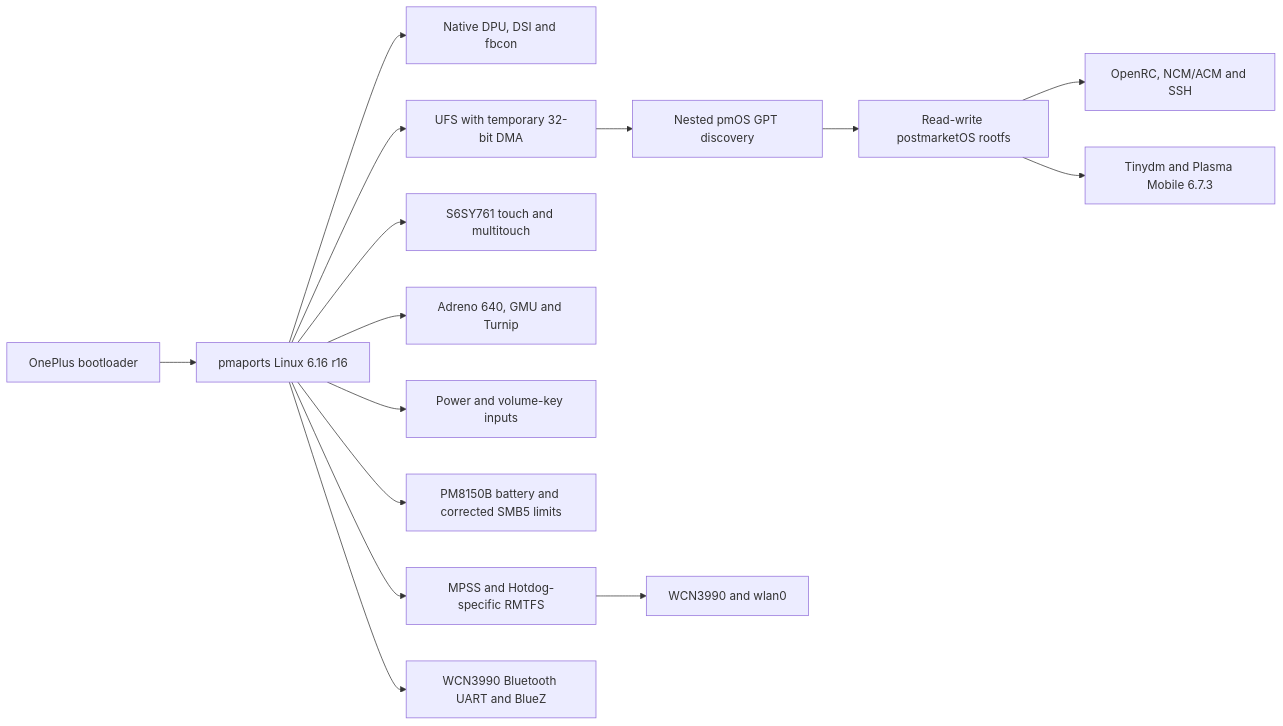
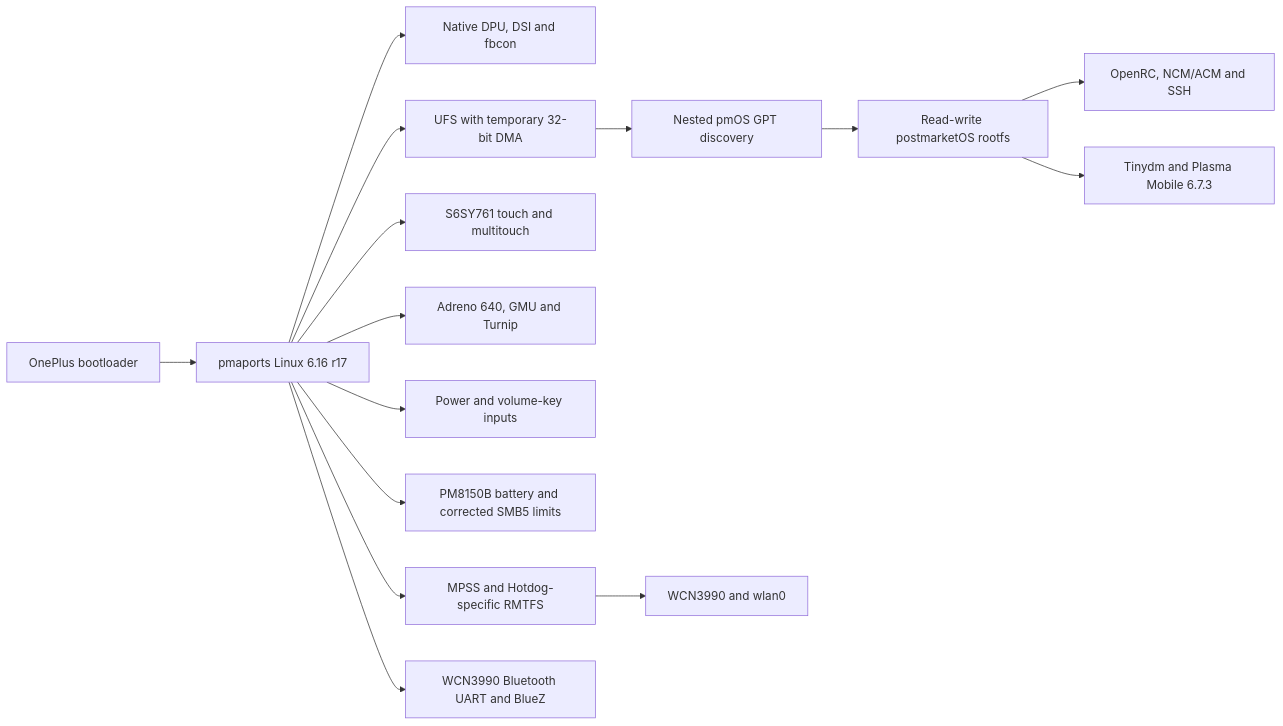
One commit to Sr-0w/hotdog-linux-bringup changed the diagram in README.md. Above: the diagram before and after it, drawn with Mermaid. The commit also changed other lines of this file and 8 other files, not shown here.

````diff
--- a/README.md
+++ b/README.md
@@ -230,17 +248,17 @@
 ```mermaid
 flowchart LR
-    A["OnePlus bootloader"] --> B["pmaports Linux 6.16 r16"]
+    A["OnePlus bootloader"] --> B["pmaports Linux 6.16 r17"]
     B --> C["Native DPU, DSI and fbcon"]
     B --> D["UFS with temporary 32-bit DMA"]
     D --> E["Nested pmOS GPT discovery"]
     E --> F["Read-write postmarketOS rootfs"]
     F --> G["OpenRC, NCM/ACM and SSH"]
     F --> L["Tinydm and Plasma Mobile 6.7.3"]
     B --> H["S6SY761 touch and multitouch"]
     B --> I["Adreno 640, GMU and Turnip"]
     B --> J["Power and volume-key inputs"]
     B --> K["PM8150B battery and corrected SMB5 limits"]
     B --> M["MPSS and Hotdog-specific RMTFS"]
     M --> N["WCN3990 and wlan0"]
     B --> O["WCN3990 Bluetooth UART and BlueZ"]
 ```
````
